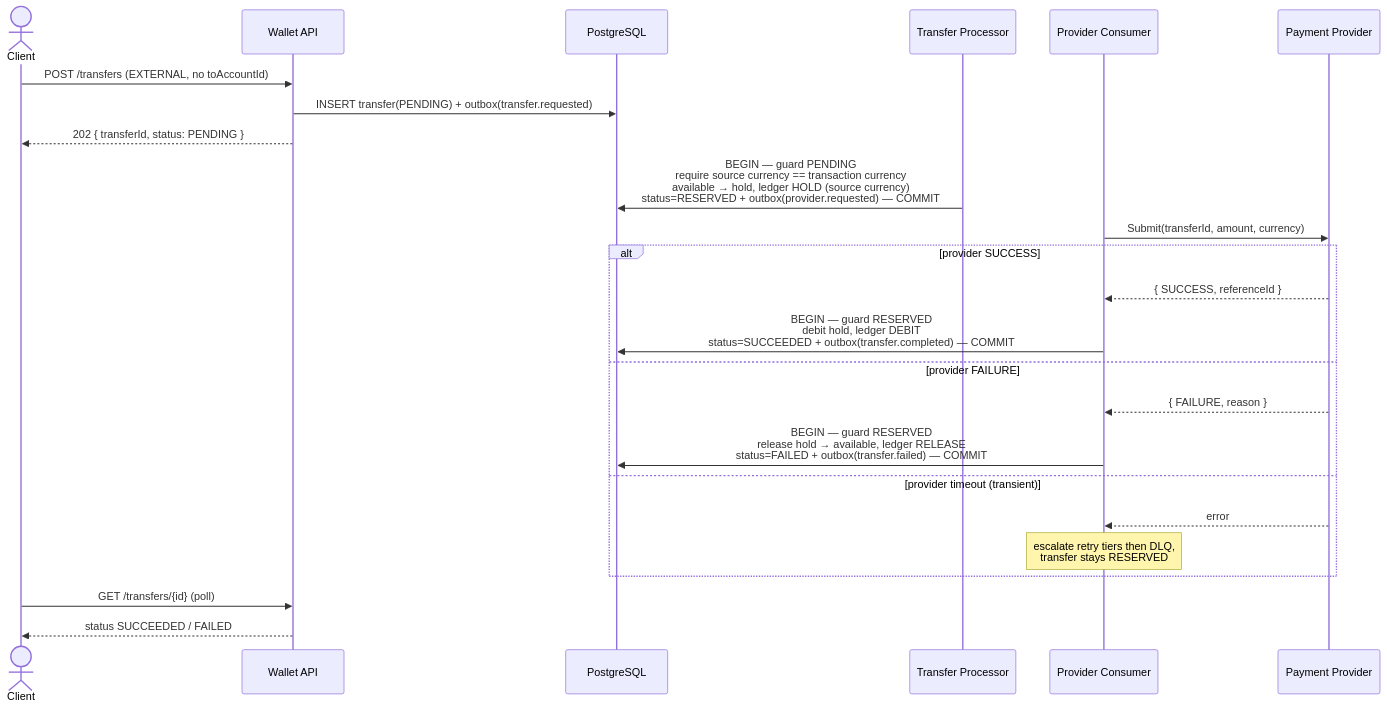
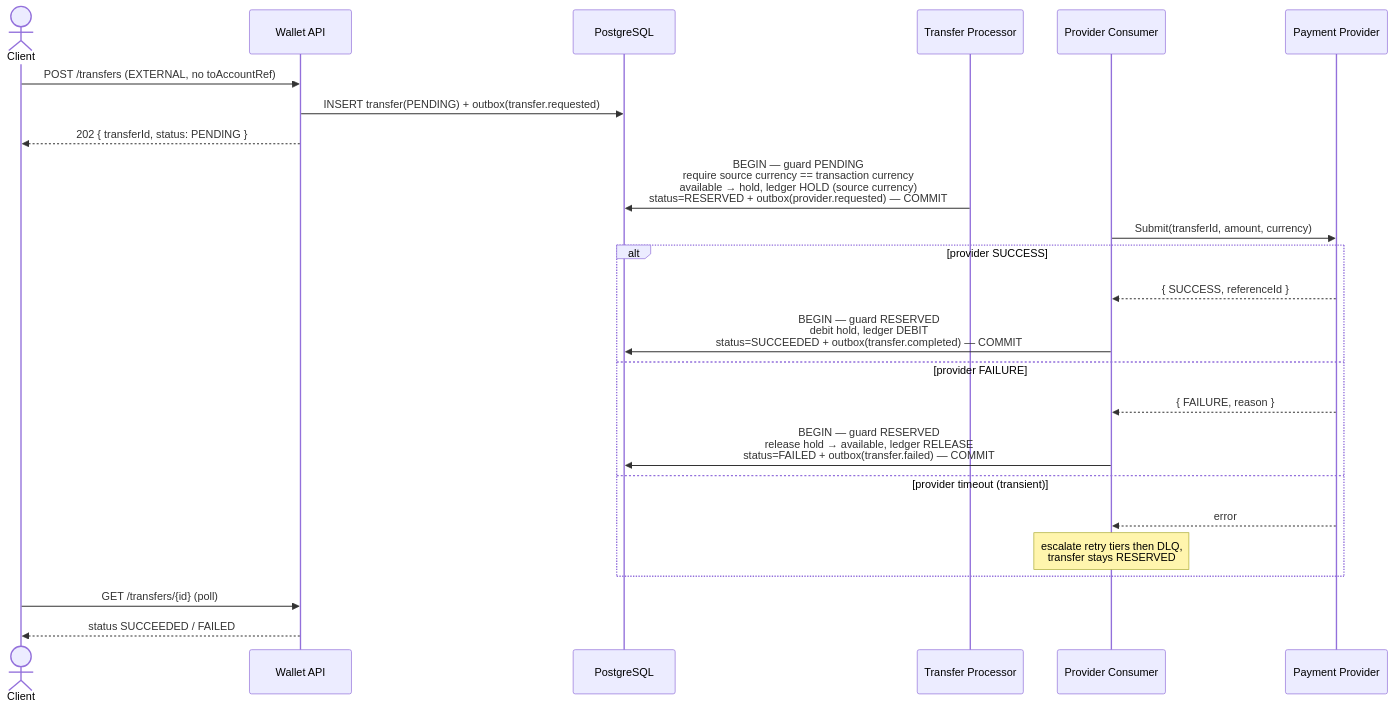
The third of 5 diagrams in README.md (Phathdt/transx), drawn with Mermaid before and after one commit. The commit also changed other lines of this file and 1 other file, not shown here.

First line of the commit message:
docs: sync README and CLAUDE.md with test suite and transfer API changes

````diff
--- a/README.md
+++ b/README.md
@@ -371,30 +386,30 @@
 ```mermaid
 sequenceDiagram
     actor C as Client
     participant API as Wallet API
     participant DB as PostgreSQL
     participant PR as Transfer Processor
     participant PC as Provider Consumer
     participant PV as Payment Provider
 
-    C->>API: POST /transfers (EXTERNAL, no toAccountId)
+    C->>API: POST /transfers (EXTERNAL, no toAccountRef)
     API->>DB: INSERT transfer(PENDING) + outbox(transfer.requested)
     API-->>C: 202 { transferId, status: PENDING }
 
     PR->>DB: BEGIN — guard PENDING<br/>require source currency == transaction currency<br/>available → hold, ledger HOLD (source currency)<br/>status=RESERVED + outbox(provider.requested) — COMMIT
 
     PC->>PV: Submit(transferId, amount, currency)
     alt provider SUCCESS
         PV-->>PC: { SUCCESS, referenceId }
         PC->>DB: BEGIN — guard RESERVED<br/>debit hold, ledger DEBIT<br/>status=SUCCEEDED + outbox(transfer.completed) — COMMIT
     else provider FAILURE
         PV-->>PC: { FAILURE, reason }
         PC->>DB: BEGIN — guard RESERVED<br/>release hold → available, ledger RELEASE<br/>status=FAILED + outbox(transfer.failed) — COMMIT
     else provider timeout (transient)
         PV-->>PC: error
         Note over PC: escalate retry tiers then DLQ,<br/>transfer stays RESERVED
     end
 
     C->>API: GET /transfers/{id} (poll)
     API-->>C: status SUCCEEDED / FAILED
 ```
````
